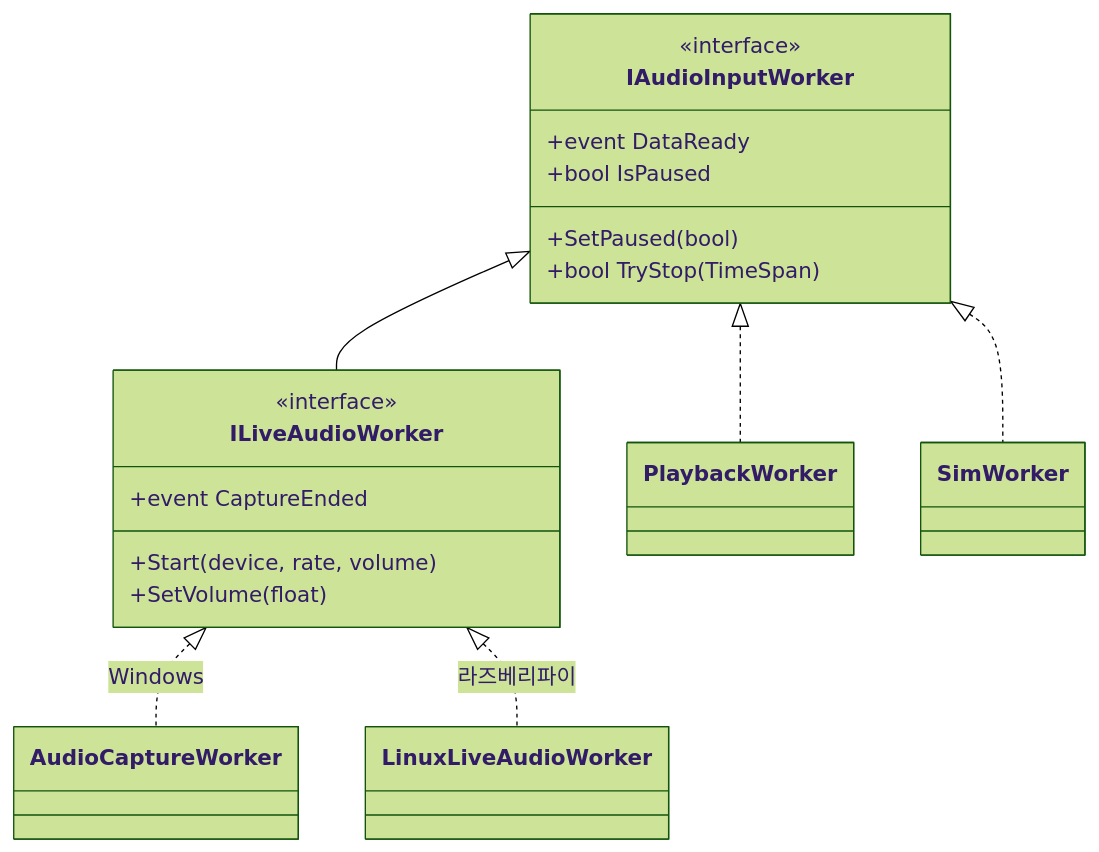
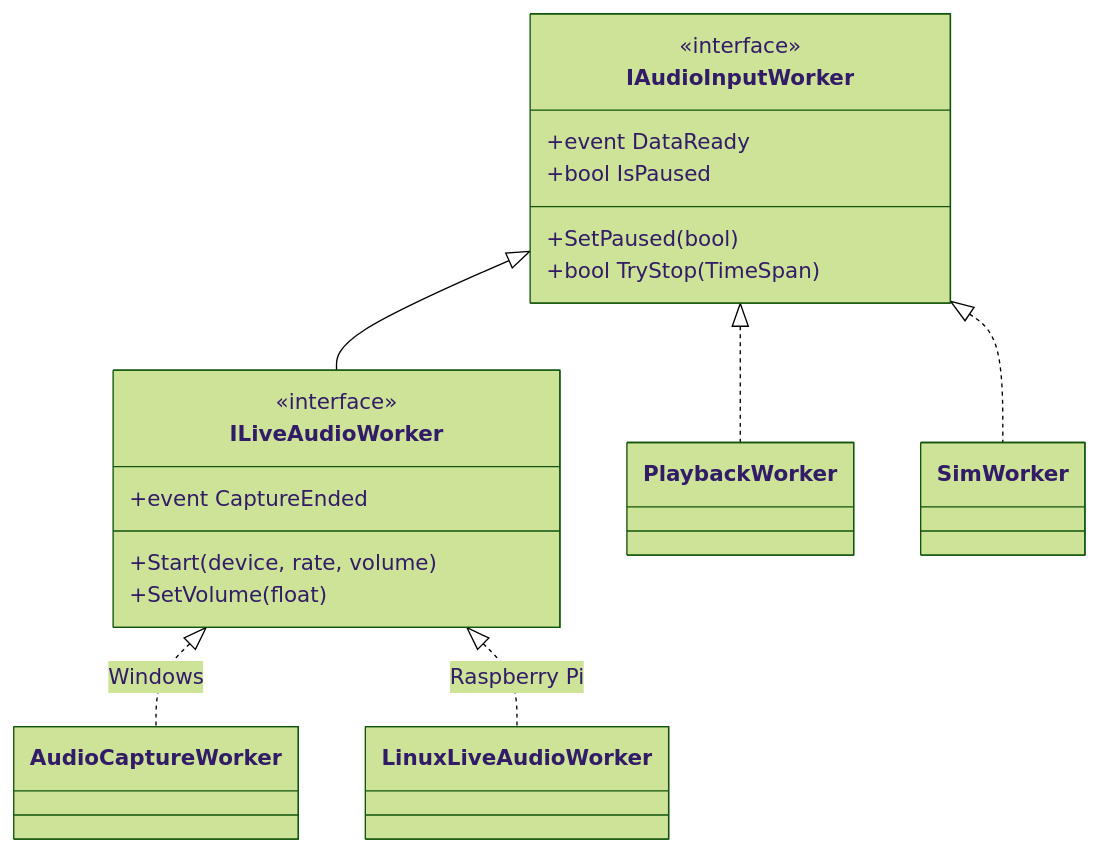
Before and after one commit to Jae-hong-5/tg-dotnet: the third of 4 diagrams in README.md, drawn with Mermaid (forest theme). The commit also changed other lines of this file and 1 other file, not shown here.

````diff
--- a/README.md
+++ b/README.md
@@ -198,21 +204,21 @@
 ```mermaid
 classDiagram
     class IAudioInputWorker {
         <<interface>>
         +event DataReady
         +bool IsPaused
         +SetPaused(bool)
         +bool TryStop(TimeSpan)
     }
     class ILiveAudioWorker {
         <<interface>>
         +event CaptureEnded
         +Start(device, rate, volume)
         +SetVolume(float)
     }
     IAudioInputWorker <|-- ILiveAudioWorker
     ILiveAudioWorker <|.. AudioCaptureWorker : Windows
-    ILiveAudioWorker <|.. LinuxLiveAudioWorker : 라즈베리파이
+    ILiveAudioWorker <|.. LinuxLiveAudioWorker : Raspberry Pi
     IAudioInputWorker <|.. PlaybackWorker
     IAudioInputWorker <|.. SimWorker
 ```
````
